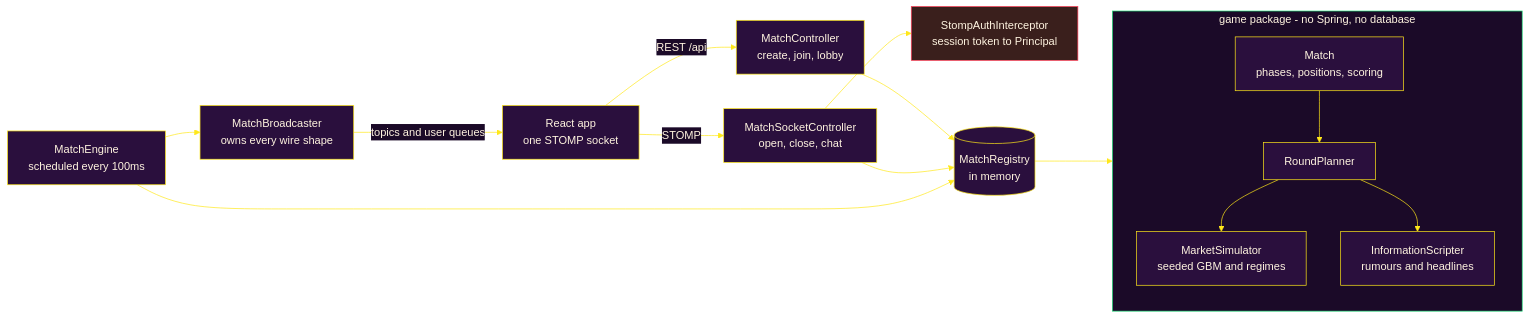
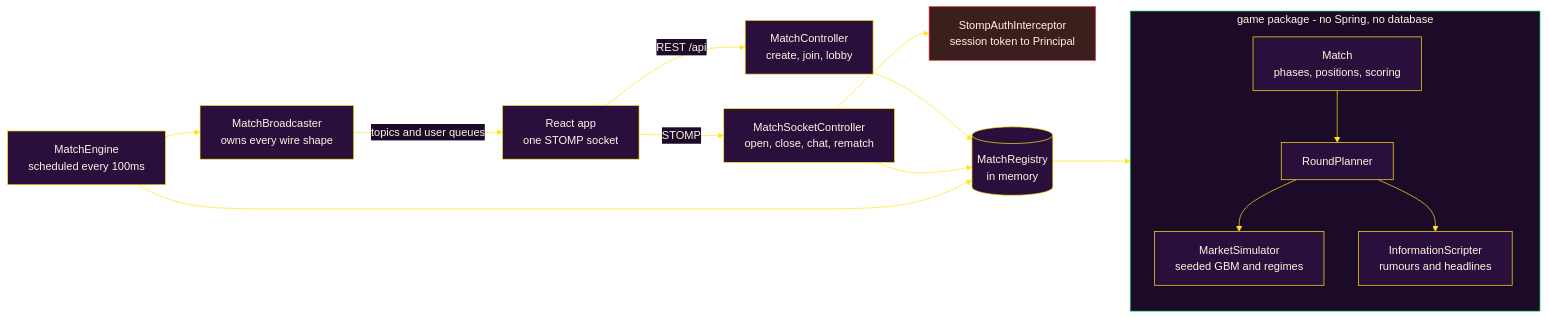
The second of 2 diagrams in README.md (pushkqr/stonk-royale), drawn with Mermaid before and after one commit. The commit also changed other lines of this file and 5 other files, not shown here.

````diff
--- a/README.md
+++ b/README.md
@@ -129,31 +159,31 @@
 ```mermaid
 %%{init: {'theme':'base','themeVariables':{'primaryColor':'#2A0F3D','primaryTextColor':'#FFF4E0','primaryBorderColor':'#FFE81A','lineColor':'#FFE81A','clusterBkg':'#1B0A28','clusterBorder':'#9E7EBB','edgeLabelBackground':'#1B0A28','nodeTextColor':'#FFF4E0'}}}%%
 flowchart LR
     UI["React app<br/>one STOMP socket"]
     API["MatchController<br/>create, join, lobby"]
-    SC["MatchSocketController<br/>open, close, chat"]
+    SC["MatchSocketController<br/>open, close, chat, rematch"]
     AUTH["StompAuthInterceptor<br/>session token to Principal"]
     BC["MatchBroadcaster<br/>owns every wire shape"]
     ENG["MatchEngine<br/>scheduled every 100ms"]
     REG[("MatchRegistry<br/>in memory")]
 
     UI -->|"REST /api"| API
     UI -->|"STOMP"| SC
     SC --> AUTH
     API --> REG
     SC --> REG
     ENG --> REG
     ENG --> BC
     BC -->|"topics and user queues"| UI
     REG --> M
 
     subgraph GAME["game package - no Spring, no database"]
         direction TB
         M["Match<br/>phases, positions, scoring"] --> RP["RoundPlanner"]
         RP --> SIM["MarketSimulator<br/>seeded GBM and regimes"]
         RP --> INFO["InformationScripter<br/>rumours and headlines"]
     end
 
     style AUTH fill:#3A1F1C,stroke:#FF3B54,color:#FFF4E0
     style GAME fill:#1B0A28,stroke:#21E07A,color:#FFF4E0
 ```
````
